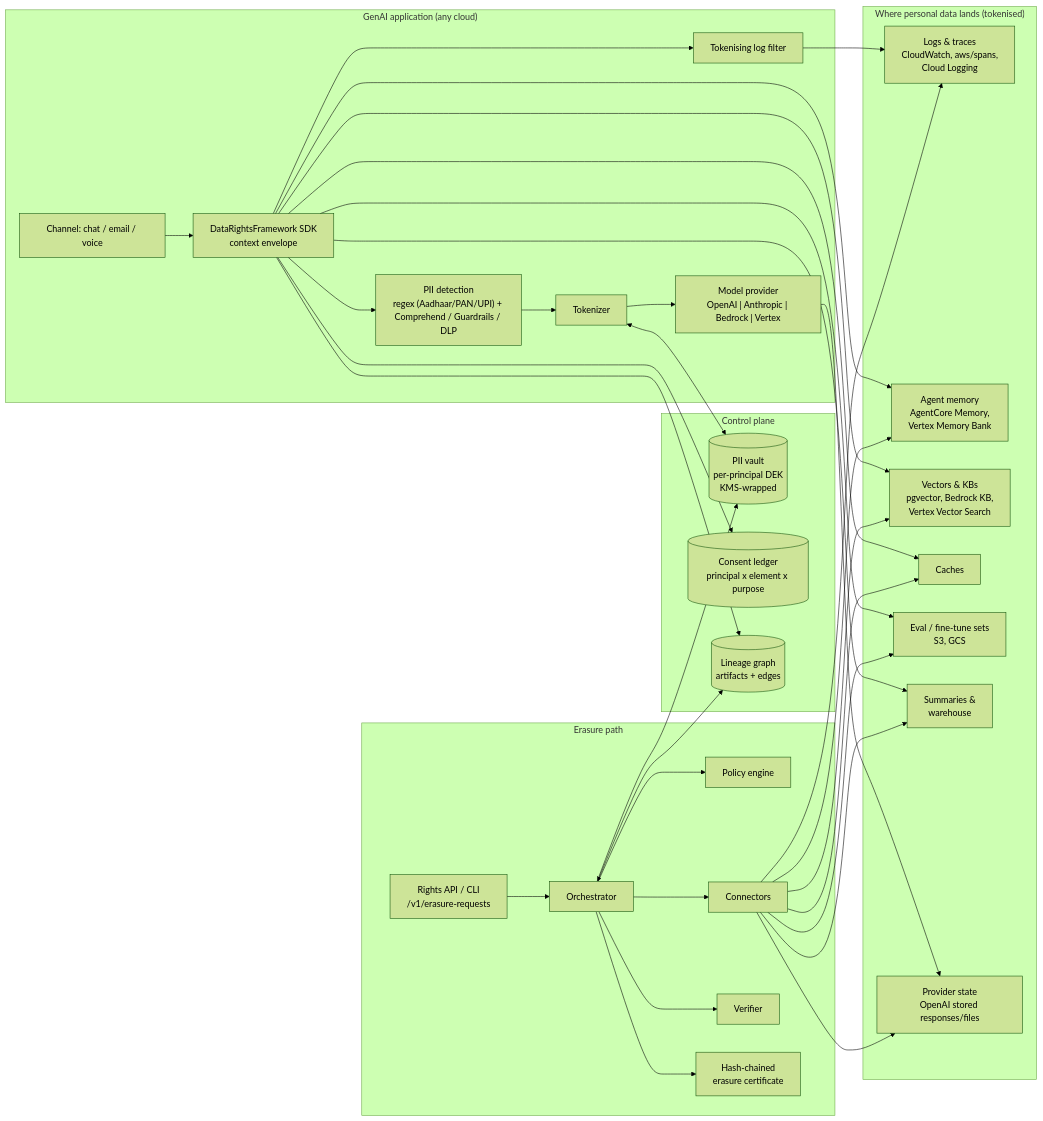
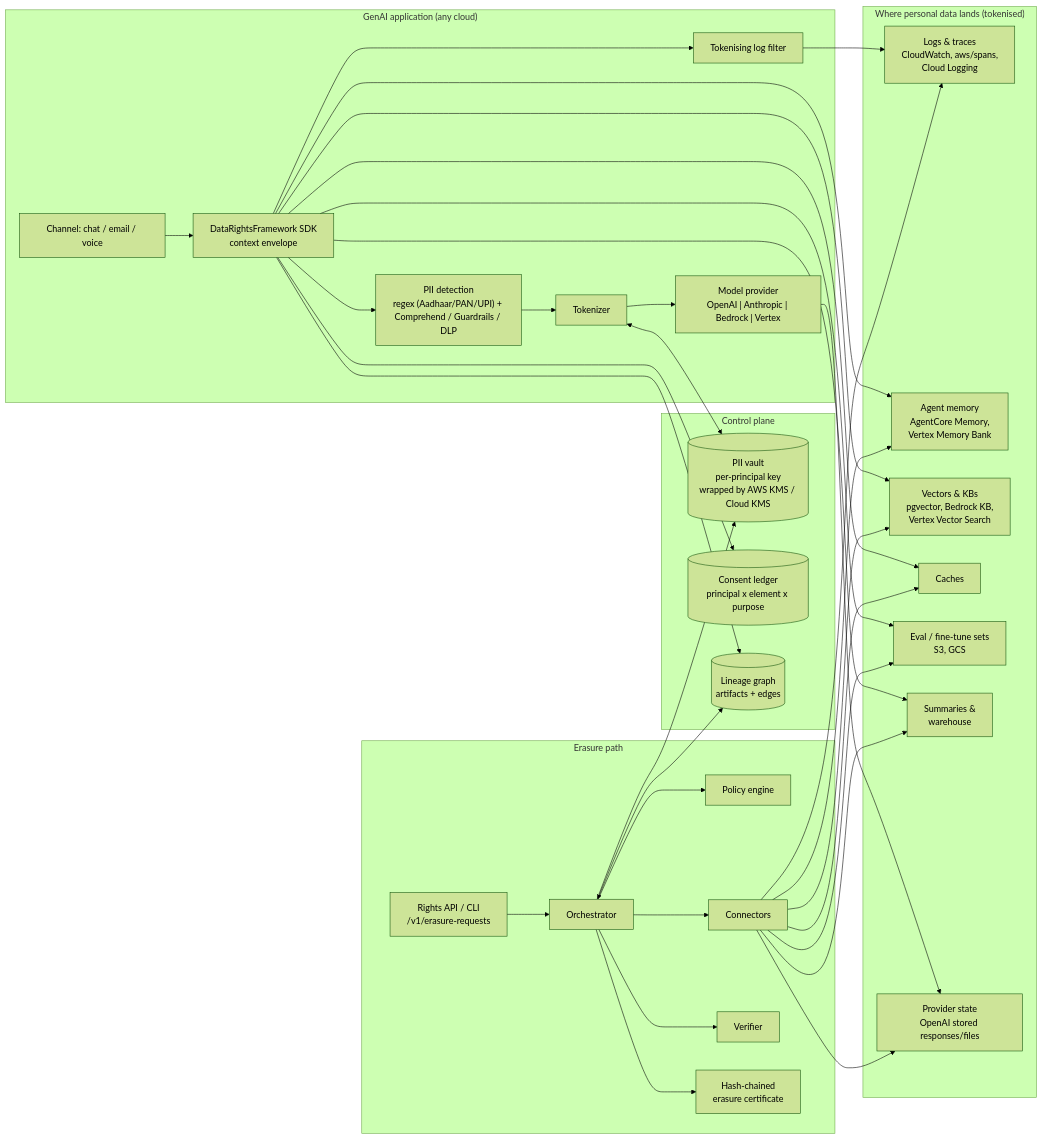
One commit to koushikmohanbhat/dpdp-data-rights-framework changed the first of 2 diagrams in docs/architecture.md. Above: the diagram before and after it, drawn with Mermaid (forest theme). The commit also changed other lines of this file and 4 other files, not shown here.

First line of the commit message:
Docs: clarify key wrapping is cloud-neutral (AWS KMS, Cloud KMS, local)

````diff
--- a/docs/architecture.md
+++ b/docs/architecture.md
@@ -9,44 +9,44 @@
 ```mermaid
 flowchart LR
   subgraph APP["GenAI application (any cloud)"]
     UI["Channel: chat / email / voice"] --> GW["DataRightsFramework SDK<br/>context envelope"]
     GW --> PII["PII detection<br/>regex (Aadhaar/PAN/UPI) + Comprehend / Guardrails / DLP"]
     PII --> TOK["Tokenizer"]
     TOK --> LLM["Model provider<br/>OpenAI | Anthropic | Bedrock | Vertex"]
     GW --> LOGF["Tokenising log filter"]
   end
 
   subgraph CP["Control plane"]
-    VAULT[("PII vault<br/>per-principal DEK<br/>KMS-wrapped")]
+    VAULT[("PII vault<br/>per-principal key<br/>wrapped by AWS KMS / Cloud KMS")]
     LED[("Consent ledger<br/>principal x element x purpose")]
     LIN[("Lineage graph<br/>artifacts + edges")]
   end
 
   TOK <--> VAULT
   GW --> LED
   GW --> LIN
 
   subgraph STORES["Where personal data lands (tokenised)"]
     S1["Logs & traces<br/>CloudWatch, aws/spans,<br/>Cloud Logging"]
     S2["Agent memory<br/>AgentCore Memory,<br/>Vertex Memory Bank"]
     S3["Vectors & KBs<br/>pgvector, Bedrock KB,<br/>Vertex Vector Search"]
     S4["Caches"]
     S5["Eval / fine-tune sets<br/>S3, GCS"]
     S6["Summaries &<br/>warehouse"]
     S7["Provider state<br/>OpenAI stored responses/files"]
   end
   LLM --> S7
   LOGF --> S1
   GW --> S2 & S3 & S4 & S5 & S6
 
   subgraph ER["Erasure path"]
     API["Rights API / CLI<br/>/v1/erasure-requests"] --> ORCH["Orchestrator"]
     ORCH --> POL["Policy engine"]
     ORCH --> CON["Connectors"]
     ORCH --> VER["Verifier"]
     ORCH --> CERT["Hash-chained<br/>erasure certificate"]
   end
   ORCH <--> LIN
   ORCH --> VAULT
   CON --> S1 & S2 & S3 & S4 & S5 & S6 & S7
 ```
````
